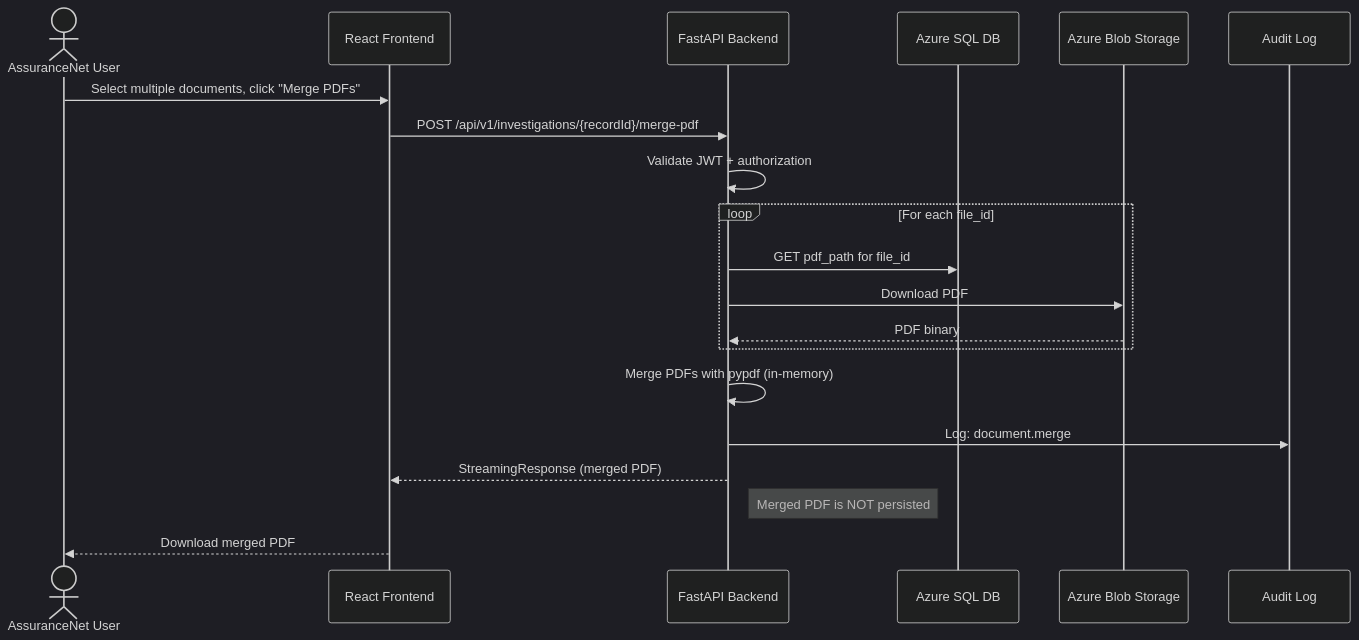
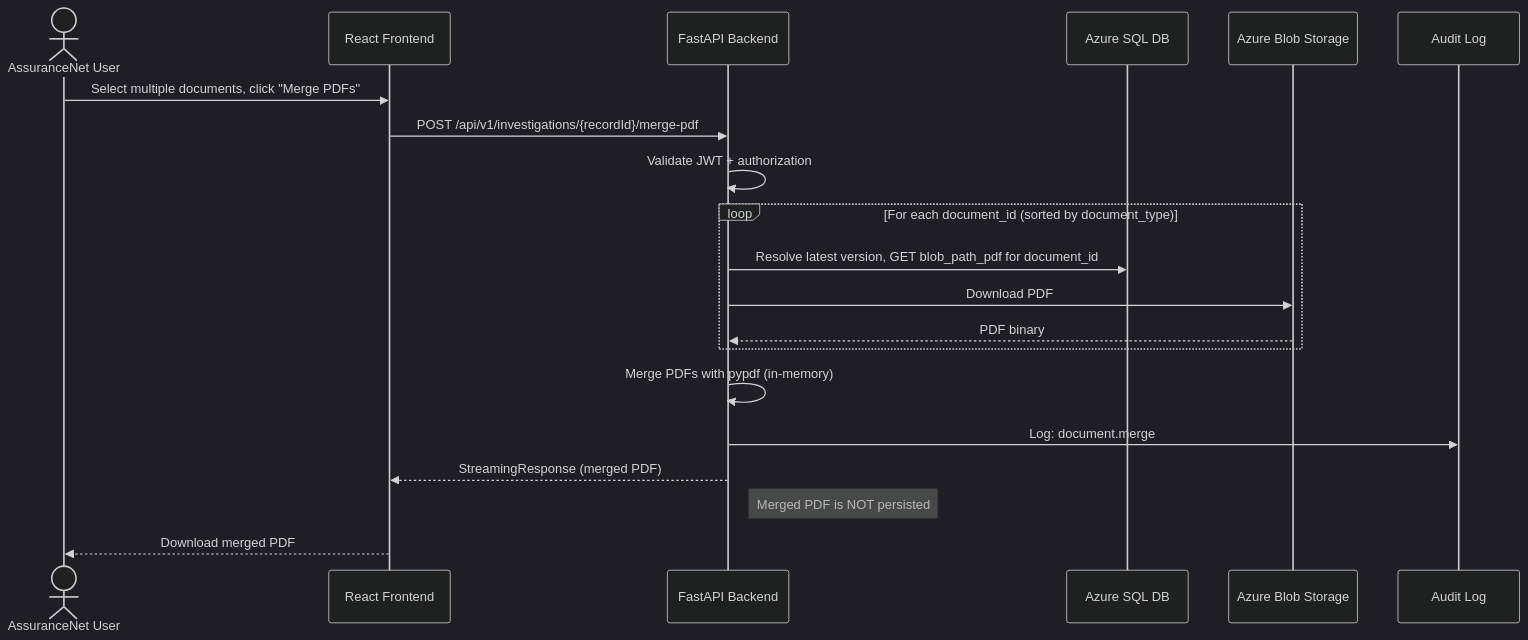
One commit to fgarofalo56/ucm-azure-native-demo changed the fourth of 6 diagrams in docs/architecture/workflow-diagrams.md. Above: the diagram before and after it, drawn with Mermaid (dark theme). The commit also changed 41 other files, not shown here.

First line of the commit message:
feat(backend+frontend+infra): implement UCM migration spec — document versioning, Aspose PDF engine, admin rollback

````diff
--- a/docs/architecture/workflow-diagrams.md
+++ b/docs/architecture/workflow-diagrams.md
@@ -108,23 +108,23 @@
 ```mermaid
 sequenceDiagram
     actor User as AssuranceNet User
     participant FE as React Frontend
     participant API as FastAPI Backend
     participant SQL as Azure SQL DB
     participant Blob as Azure Blob Storage
     participant Audit as Audit Log
 
     User->>FE: Select multiple documents, click "Merge PDFs"
     FE->>API: POST /api/v1/investigations/{recordId}/merge-pdf
     API->>API: Validate JWT + authorization
-    loop For each file_id
-        API->>SQL: GET pdf_path for file_id
+    loop For each document_id (sorted by document_type)
+        API->>SQL: Resolve latest version, GET blob_path_pdf for document_id
         API->>Blob: Download PDF
         Blob-->>API: PDF binary
     end
     API->>API: Merge PDFs with pypdf (in-memory)
     API->>Audit: Log: document.merge
     API-->>FE: StreamingResponse (merged PDF)
     Note right of API: Merged PDF is NOT persisted
     FE-->>User: Download merged PDF
 ```
````
